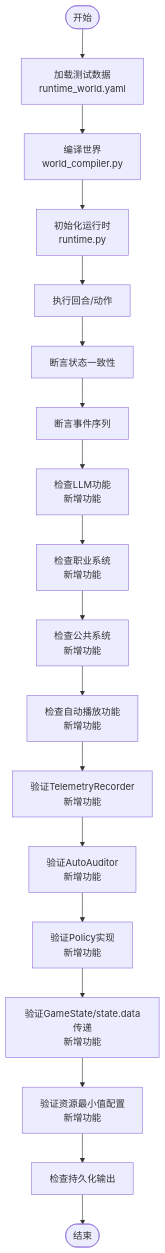
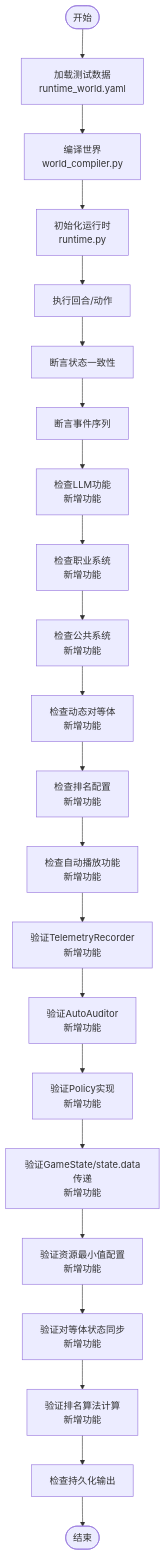
One commit to Ivandanslespace/thegreatnovel changed the third of 4 diagrams in .qoder/repowiki/zh/content/测试指南.md. Above: the diagram before and after it, drawn with Mermaid. The commit also changed other lines of this file and 69 other files, not shown here.

````diff
--- a/.qoder/repowiki/zh/content/测试指南.md
+++ b/.qoder/repowiki/zh/content/测试指南.md
@@ -332,20 +392,24 @@
 ```mermaid
 flowchart TD
 Start(["开始"]) --> LoadFixture["加载测试数据<br/>runtime_world.yaml"]
 LoadFixture --> CompileWorld["编译世界<br/>world_compiler.py"]
 CompileWorld --> InitRuntime["初始化运行时<br/>runtime.py"]
 InitRuntime --> ExecuteTurns["执行回合/动作"]
 ExecuteTurns --> CheckState["断言状态一致性"]
 CheckState --> CheckEvents["断言事件序列"]
 CheckEvents --> CheckLLM["检查LLM功能<br/>新增功能"]
 CheckLLM --> CheckProfessions["检查职业系统<br/>新增功能"]
 CheckProfessions --> CheckPublicSystem["检查公共系统<br/>新增功能"]
-CheckPublicSystem --> CheckAutoPlay["检查自动播放功能<br/>新增功能"]
+CheckPublicSystem --> CheckDynamicPeer["检查动态对等体<br/>新增功能"]
+CheckDynamicPeer --> CheckRankingConfig["检查排名配置<br/>新增功能"]
+CheckRankingConfig --> CheckAutoPlay["检查自动播放功能<br/>新增功能"]
 CheckAutoPlay --> CheckTelemetry["验证TelemetryRecorder<br/>新增功能"]
 CheckTelemetry --> CheckAuditor["验证AutoAuditor<br/>新增功能"]
 CheckAuditor --> CheckPolicy["验证Policy实现<br/>新增功能"]
 CheckPolicy --> CheckGameState["验证GameState/state.data传递<br/>新增功能"]
 CheckGameState --> CheckResourceMin["验证资源最小值配置<br/>新增功能"]
-CheckResourceMin --> PersistCheck["检查持久化输出"]
+CheckResourceMin --> CheckPeerSync["验证对等体状态同步<br/>新增功能"]
+CheckPeerSync --> CheckRankingAlgorithm["验证排名算法计算<br/>新增功能"]
+CheckRankingAlgorithm --> PersistCheck["检查持久化输出"]
 PersistCheck --> End(["结束"])
 ```
````
